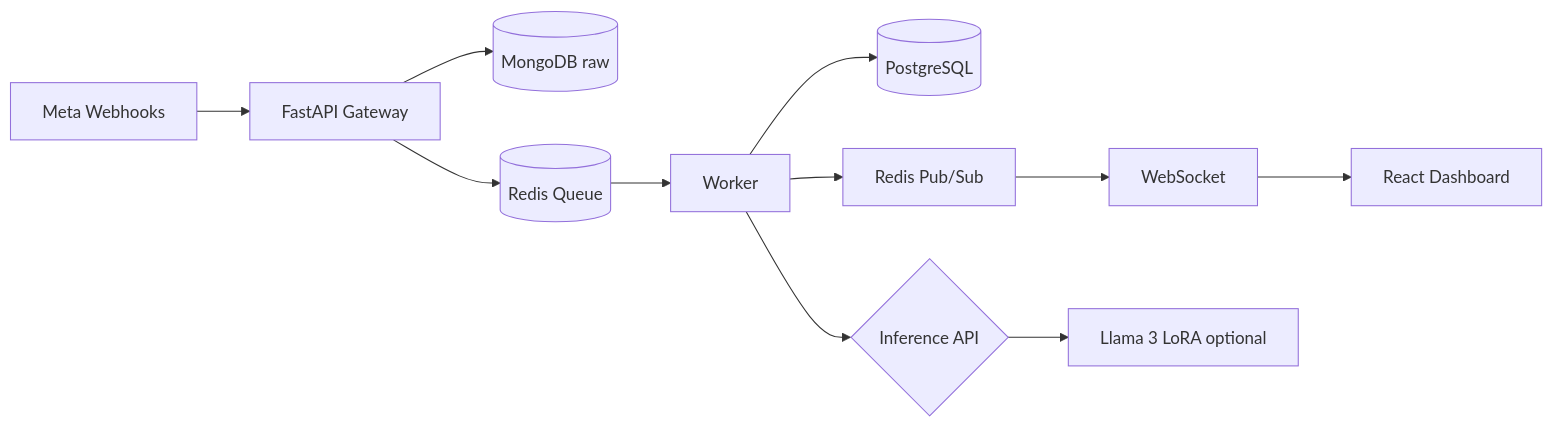
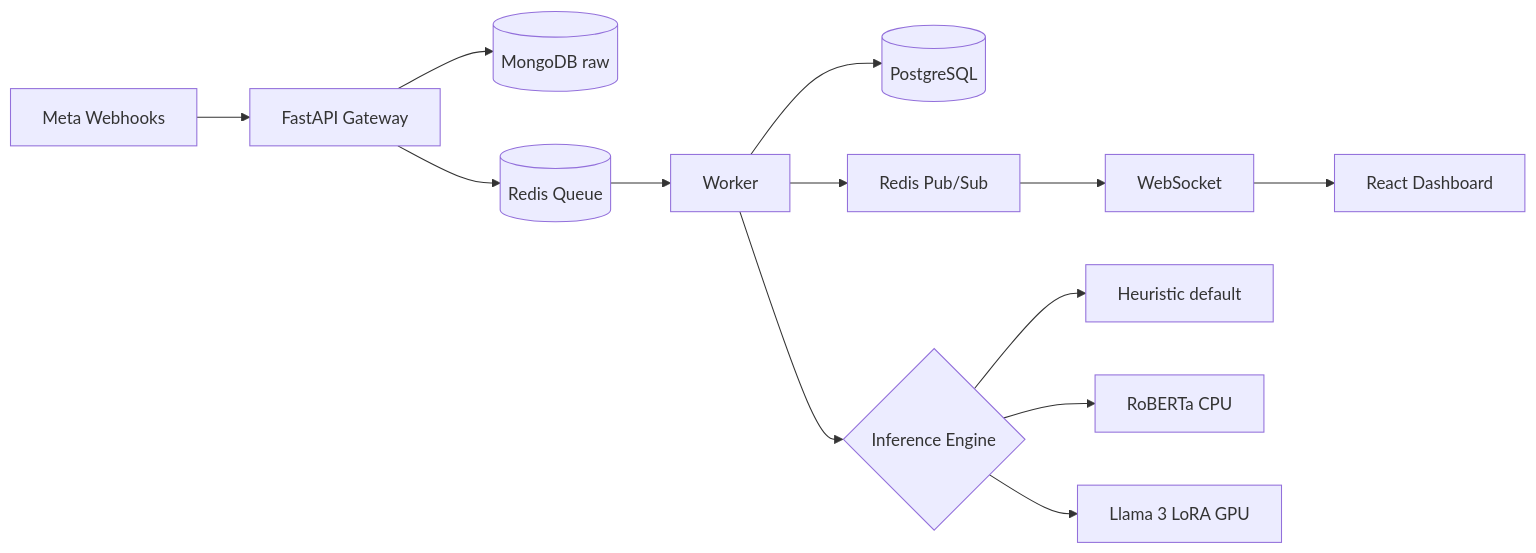
Before and after one commit to AlinAlexMyladoor/Code-mixed-sentiment-platform: the diagram in README.md, drawn with Mermaid. The commit also changed other lines of this file and 45 other files, not shown here.

````diff
--- a/README.md
+++ b/README.md
@@ -18,13 +26,15 @@
 ```mermaid
 flowchart LR
   Meta[Meta Webhooks] --> API[FastAPI Gateway]
   API --> Mongo[(MongoDB raw)]
   API --> Redis[(Redis Queue)]
   Redis --> Worker[Worker]
   Worker --> PG[(PostgreSQL)]
   Worker --> Pub[Redis Pub/Sub]
   Pub --> WS[WebSocket]
   WS --> UI[React Dashboard]
-  Worker --> Infer{Inference API}
-  Infer --> Llama[Llama 3 LoRA optional]
+  Worker --> Infer{Inference Engine}
+  Infer --> H[Heuristic default]
+  Infer --> R[RoBERTa CPU]
+  Infer --> L[Llama 3 LoRA GPU]
 ```
````
